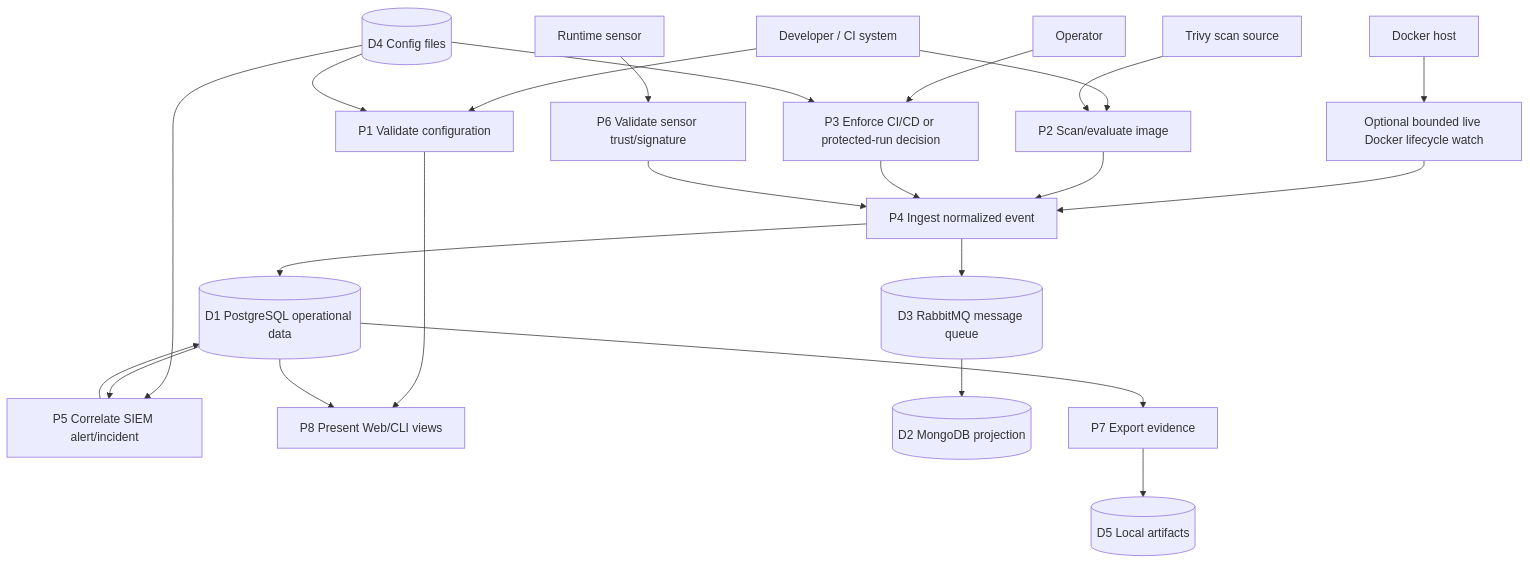
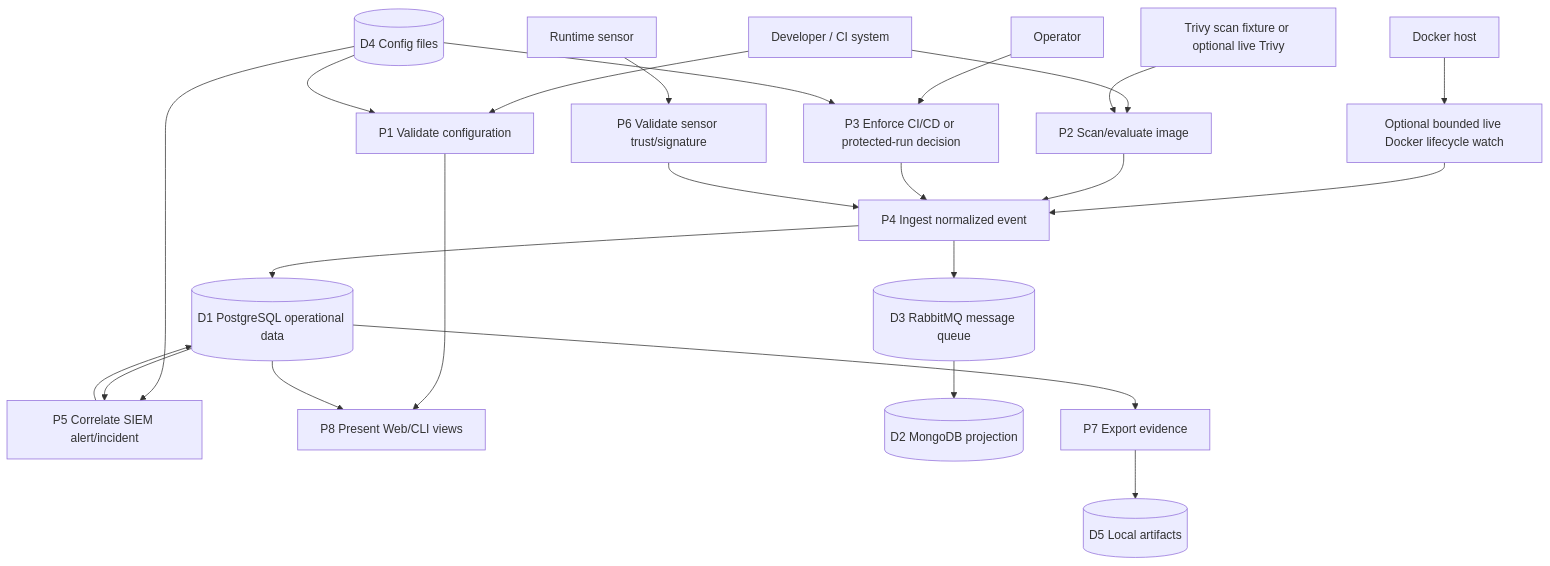
Before and after one commit to Vieyd/ConShield: the second of 4 diagrams in docs/DATA_FLOW_MODEL.md, drawn with Mermaid. The commit also changed other lines of this file and 18 other files, not shown here.

Commit message:
Add live Trivy image scan

````diff
--- a/docs/DATA_FLOW_MODEL.md
+++ b/docs/DATA_FLOW_MODEL.md
@@ -66,27 +66,27 @@
 ```mermaid
 flowchart TB
     CI["Developer / CI system"] --> P1["P1 Validate configuration"]
     CI --> P2["P2 Scan/evaluate image"]
     Operator --> P3["P3 Enforce CI/CD or protected-run decision"]
     Docker["Docker host"] --> Watch["Optional bounded live Docker lifecycle watch"]
     Watch --> P4["P4 Ingest normalized event"]
     Sensor["Runtime sensor"] --> P6["P6 Validate sensor trust/signature"]
-    Trivy["Trivy scan source"] --> P2
+    Trivy["Trivy scan fixture or optional live Trivy"] --> P2
 
     D4[("D4 Config files")] --> P1
     D4 --> P3
     D4 --> P5["P5 Correlate SIEM alert/incident"]
 
     P1 --> P8["P8 Present Web/CLI views"]
     P2 --> P4
     P3 --> P4
     P6 --> P4
     P4 --> D1[("D1 PostgreSQL operational data")]
     P4 --> D3[("D3 RabbitMQ message queue")]
     D3 --> D2[("D2 MongoDB projection")]
     D1 --> P5
     P5 --> D1
     D1 --> P7["P7 Export evidence"]
     P7 --> D5[("D5 Local artifacts")]
     D1 --> P8
 ```
````
